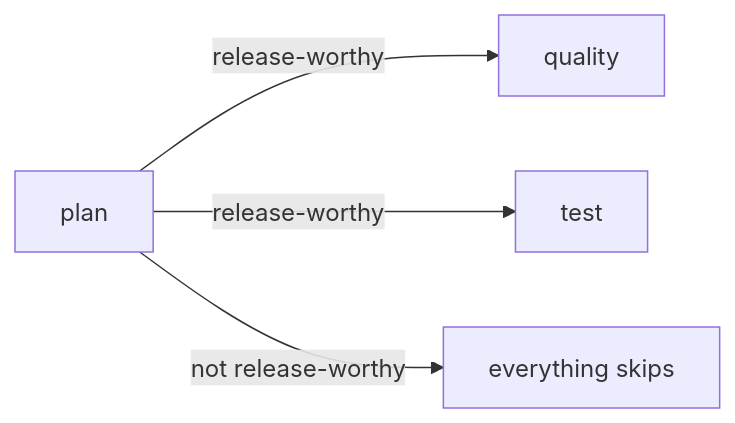
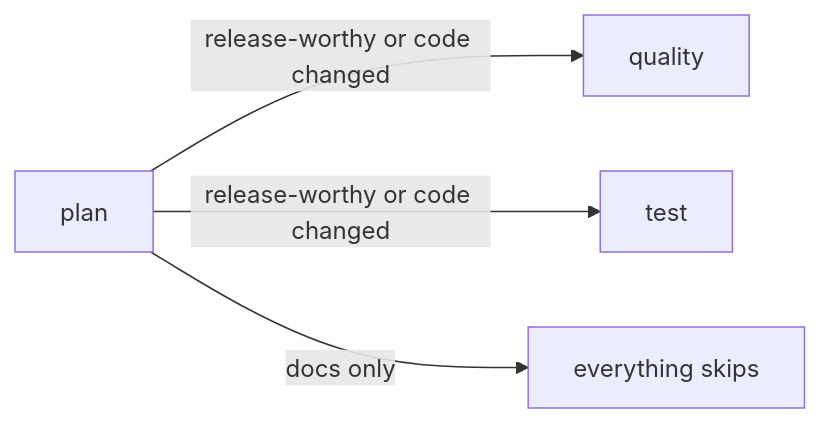
One commit to hyperi-io/hyperi-ci changed the first of 2 diagrams in README.md. Above: the diagram before and after it, drawn with Mermaid. The commit also changed other lines of this file and 17 other files, not shown here.

````diff
--- a/README.md
+++ b/README.md
@@ -321,6 +322,6 @@
 ```mermaid
 flowchart LR
-    P[plan] -->|release-worthy| Q[quality]
-    P -->|release-worthy| T[test]
-    P -->|not release-worthy| S[everything skips]
+    P[plan] -->|release-worthy or code changed| Q[quality]
+    P -->|release-worthy or code changed| T[test]
+    P -->|docs only| S[everything skips]
 ```
````
